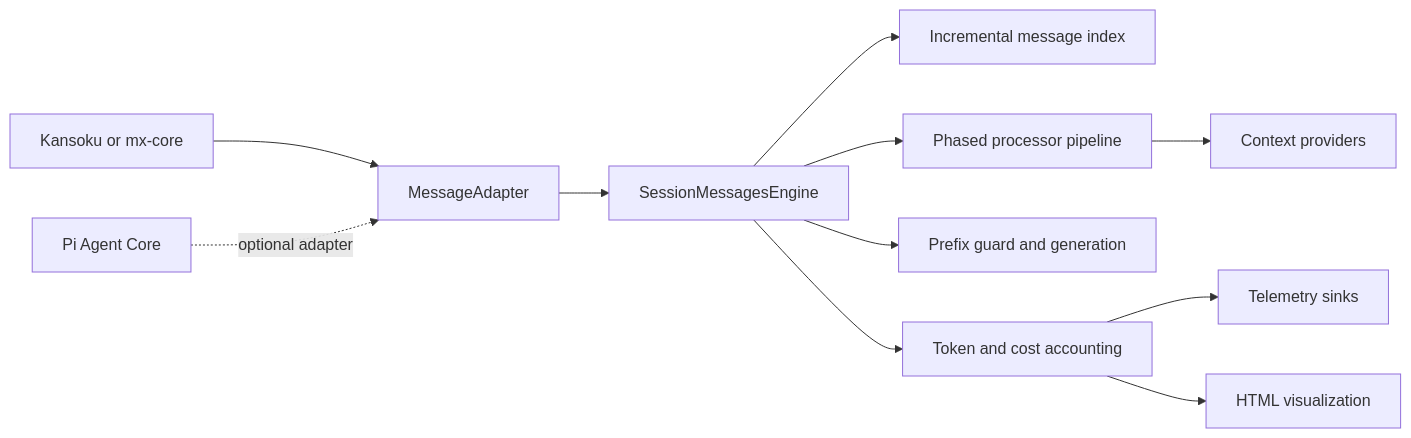
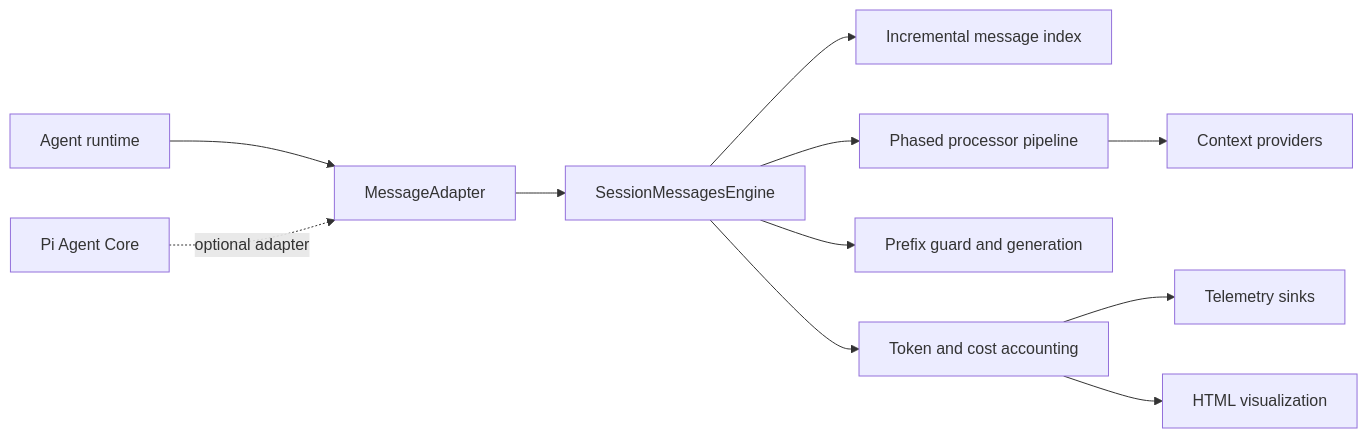
One commit to Innei/message-engine changed the diagram in README.md. Above: the diagram before and after it, drawn with Mermaid. The commit also changed other lines of this file and 2 other files, not shown here.

Commit message:
chore: publish package as @innei/message-engine

````diff
--- a/README.md
+++ b/README.md
@@ -24,13 +37,13 @@
 ```mermaid
 flowchart LR
-  App["Kansoku or mx-core"] --> Adapter["MessageAdapter<Message>"]
+  App["Agent runtime"] --> Adapter["MessageAdapter<Message>"]
   Adapter --> Engine["SessionMessagesEngine"]
   Engine --> Index["Incremental message index"]
   Engine --> Pipeline["Phased processor pipeline"]
   Engine --> Guard["Prefix guard and generation"]
   Engine --> Accounting["Token and cost accounting"]
   Pipeline --> Providers["Context providers"]
   Accounting --> Sinks["Telemetry sinks"]
   Accounting --> Devtools["HTML visualization"]
   Pi["Pi Agent Core"] -. optional adapter .-> Adapter
 ```
````
